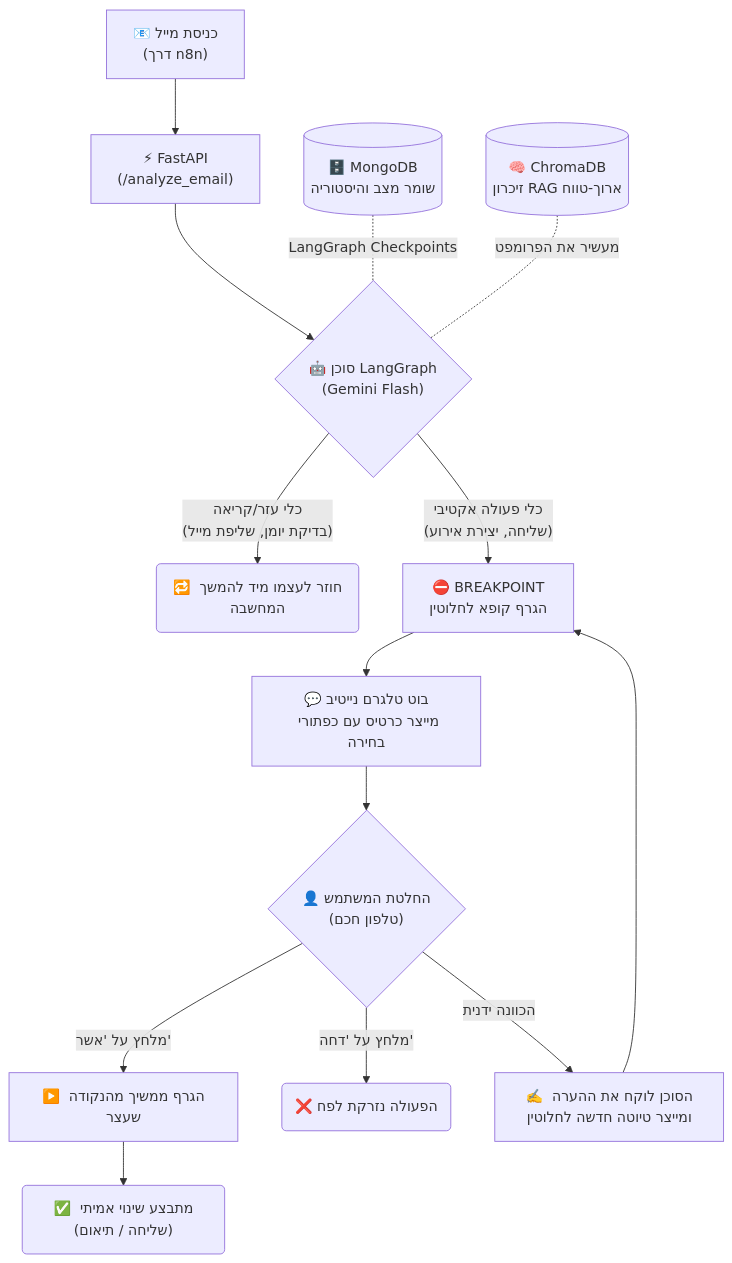
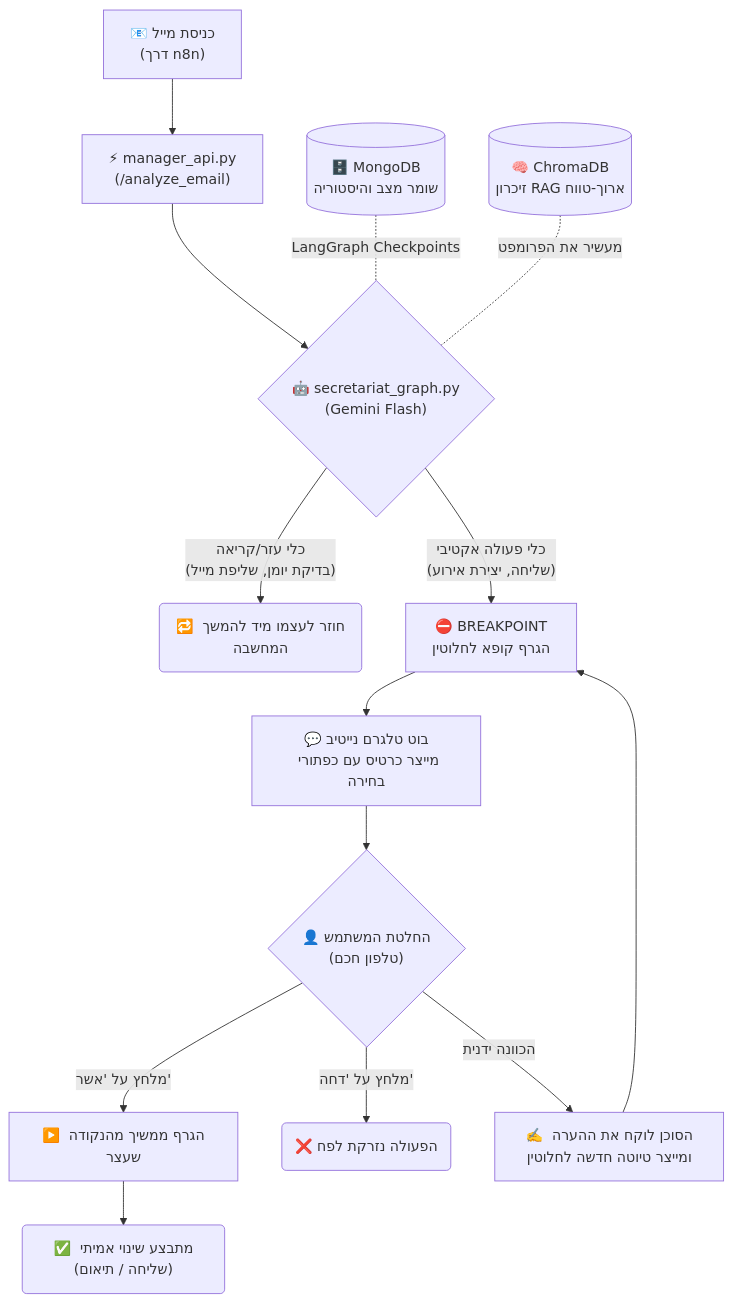
The diagram in README_HE.md (GolanLevi/myOS), drawn with Mermaid before and after one commit. The commit also changed 1 other file, not shown here.

Commit message:
docs: update class and file names in architecture diagrams

````diff
--- a/README_HE.md
+++ b/README_HE.md
@@ -75,23 +75,23 @@
 ```mermaid
 graph TD
-    A["📧 כניסת מייל\n(דרך n8n)"] --> B["⚡ FastAPI\n(/analyze_email)"]
-    B --> C{"🤖 סוכן LangGraph\n(Gemini Flash)"}
+    A["📧 כניסת מייל\n(דרך n8n)"] --> B["⚡ manager_api.py\n(/analyze_email)"]
+    B --> C{"🤖 secretariat_graph.py\n(Gemini Flash)"}
     
     C -->|"כלי עזר/קריאה\n(בדיקת יומן, שליפת מייל)"| D("🔁 חוזר לעצמו מיד להמשך המחשבה")
     
     C -->|"כלי פעולה אקטיבי\n(שליחה, יצירת אירוע)"| E["⛔ BREAKPOINT\nהגרף קופא לחלוטין"]
     
     E --> F["💬 בוט טלגרם נייטיב\nמייצר כרטיס עם כפתורי בחירה"]
     
     F --> G{"👤 החלטת המשתמש\n(טלפון חכם)"}
     
     G -->|"מלחץ על 'אשר'"| H["▶️ הגרף ממשיך מהנקודה שעצר"]
     G -->|"מלחץ על 'דחה'"| I("❌ הפעולה נזרקת לפח")
     G -->|"הכוונה ידנית"| J["✍️ הסוכן לוקח את ההערה ומייצר טיוטה חדשה לחלוטין"]
     
     H --> K("✅ מתבצע שינוי אמיתי (שליחה / תיאום)")
     J --> E
     
     M[("🗄️ MongoDB\nשומר מצב והיסטוריה")] -. "LangGraph Checkpoints" .- C
     N[("🧠 ChromaDB\nזיכרון RAG ארוך-טווח")] -. "מעשיר את הפרומפט" .- C
 ```
````
